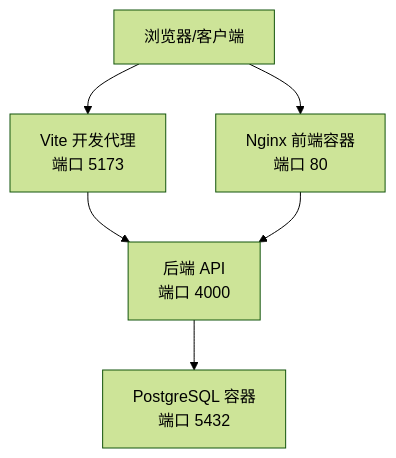
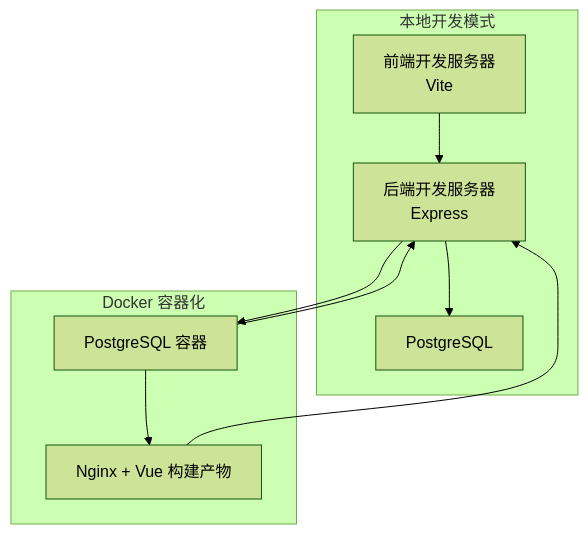
The second of 5 diagrams in .qoder/repowiki/zh/content/快速开始.md (Juny09/inventory_system), drawn with Mermaid (forest theme) before and after one commit. The commit also changed other lines of this file and 171 other files, not shown here.

````diff
--- a/.qoder/repowiki/zh/content/快速开始.md
+++ b/.qoder/repowiki/zh/content/快速开始.md
@@ -108,8 +111,18 @@
 ```mermaid
 graph TB
-Client["浏览器/客户端"] --> DevProxy["Vite 开发代理<br/>端口 5173"]
-DevProxy --> API["后端 API<br/>端口 4000"]
-Client --> DockerWeb["Nginx 前端容器<br/>端口 80"]
-DockerWeb --> API
-API --> DB["PostgreSQL 容器<br/>端口 5432"]
+subgraph "本地开发模式"
+FE["前端开发服务器<br/>Vite"]
+BE["后端开发服务器<br/>Express"]
+DB["PostgreSQL"]
+end
+subgraph "Docker 容器化"
+DFE["Nginx + Vue 构建产物"]
+DBX["PostgreSQL 容器"]
+DBX --> DFE
+DBX --> BE
+end
+FE --> BE
+BE --> DB
+DFE --> BE
+BE --> DBX
 ```
````
